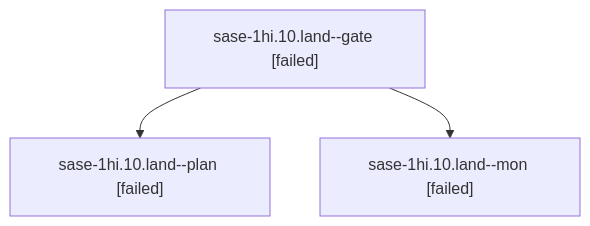
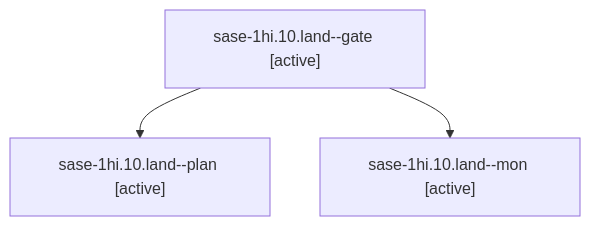
The diagram in sessions/bbugyi200.apollo.sase-1hi.10.land.md (sase-org/sase--agents), drawn with Mermaid before and after one commit. The commit also changed other lines of this file and 330 other files, not shown here.

````diff
--- a/sessions/bbugyi200.apollo.sase-1hi.10.land.md
+++ b/sessions/bbugyi200.apollo.sase-1hi.10.land.md
@@ -9,8 +9,8 @@
 ```mermaid
 flowchart TD
-  n0["sase-1hi.10.land--gate [failed]"]
-  n1["sase-1hi.10.land--plan [failed]"]
+  n0["sase-1hi.10.land--gate [active]"]
+  n1["sase-1hi.10.land--plan [active]"]
   n0 --> n1
-  n2["sase-1hi.10.land--mon [failed]"]
+  n2["sase-1hi.10.land--mon [active]"]
   n0 --> n2
 ```
````
